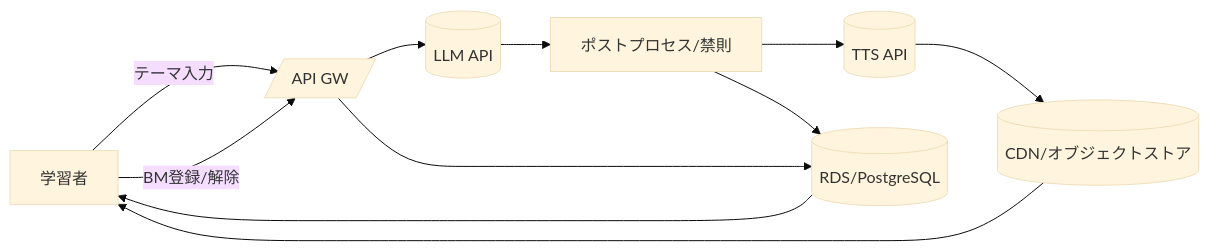
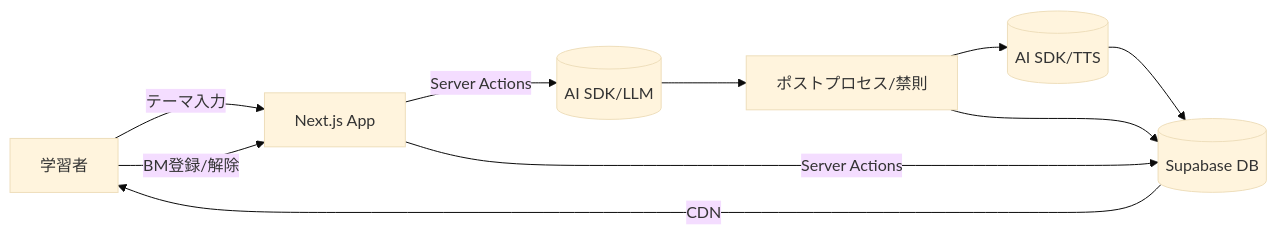
Before and after one commit to ayatokobe24/practice-english-chat: the first of 3 diagrams in read_document/要件定義書.md, drawn with Mermaid (base theme). The commit also changed other lines of this file, not shown here.

Commit message:
要件定義書改訂

````diff
--- a/read_document/要件定義書.md
+++ b/read_document/要件定義書.md
@@ -66,13 +75,12 @@
 ```mermaid
 flowchart LR
-U[学習者] -->|テーマ入力| API[/API GW/]
-API --> LLM[(LLM API)]
+U[学習者] -->|テーマ入力| NextJS[Next.js App]
+NextJS -->|Server Actions| LLM[(AI SDK/LLM)]
 LLM --> PS[ポストプロセス/禁則]
-PS --> TTS[(TTS API)]
-TTS --> CDN[(CDN/オブジェクトストア)]
-PS --> DB[(RDS/PostgreSQL)]
-CDN --> U
-DB --> U
-U -->|BM登録/解除| API
-API --> DB
+PS --> TTS[(AI SDK/TTS)]
+TTS --> Supabase[(Supabase Storage)]
+PS --> Supabase[(Supabase DB)]
+Supabase -->|CDN| U
+U -->|BM登録/解除| NextJS
+NextJS -->|Server Actions| Supabase
 ```
````
